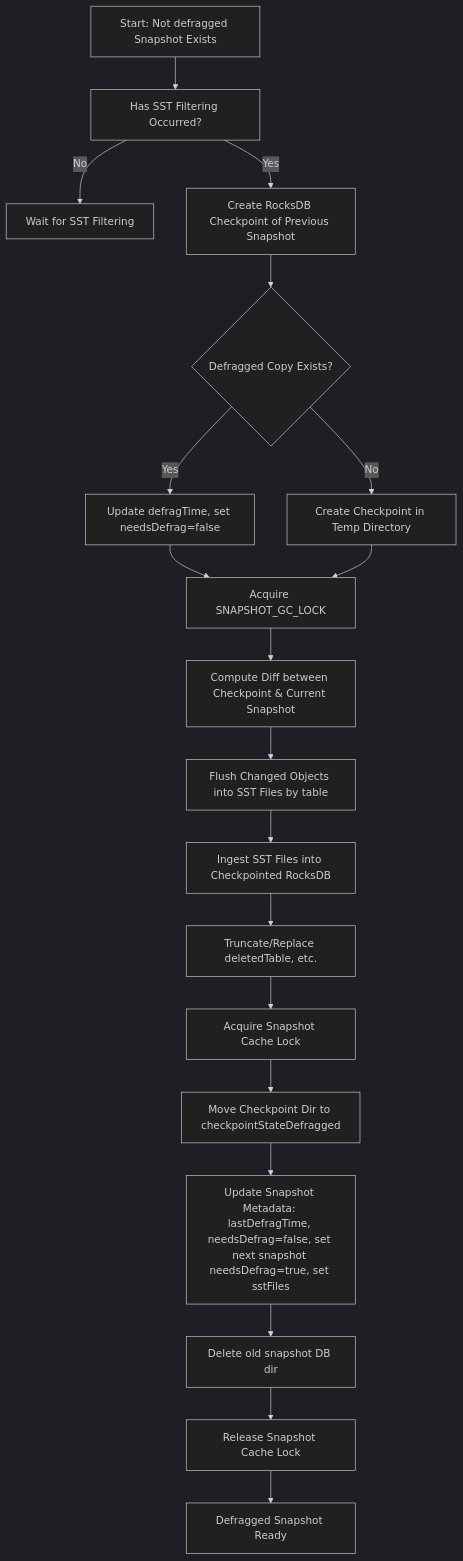
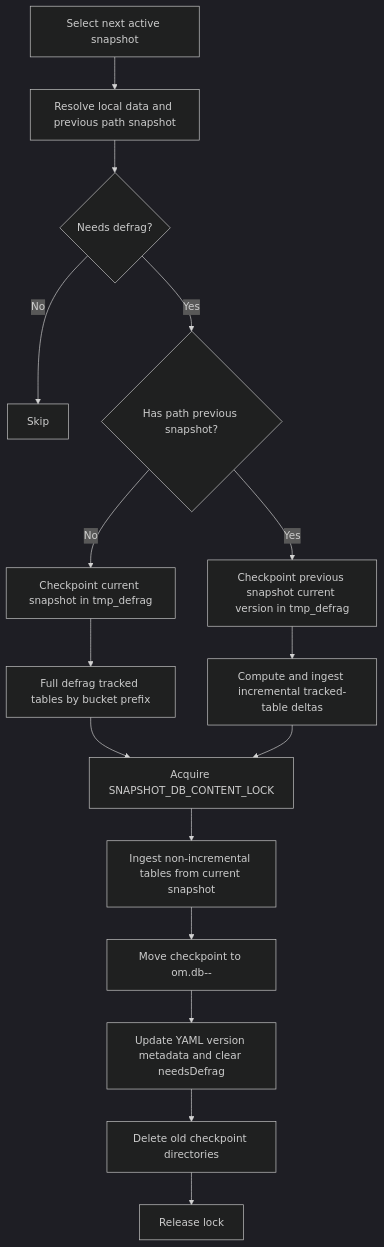
Before and after one commit to apache/ozone: the diagram in hadoop-hdds/docs/content/feature/SnapshotDefragmentation.md, drawn with Mermaid (dark theme). The commit also changed other lines of this file, not shown here.

Commit message:
HDDS-15105. Revise snapshot defrag design doc and add implementation details

````diff
--- a/hadoop-hdds/docs/content/feature/SnapshotDefragmentation.md
+++ b/hadoop-hdds/docs/content/feature/SnapshotDefragmentation.md
@@ -99,21 +253,18 @@
 ```mermaid
 flowchart TD
-    A[Start: Not defragged Snapshot Exists] --> B[Has SST Filtering Occurred?]
-    B -- No --> Z[Wait for SST Filtering]
-    B -- Yes --> C[Create RocksDB Checkpoint of Previous Snapshot]
-    C --> D{Defragged Copy Exists?}
-    D -- Yes --> E[Update defragTime, set needsDefrag=false]
-    D -- No --> F[Create Checkpoint in Temp Directory]
-    E --> G[Acquire SNAPSHOT_GC_LOCK]
-    F --> G
-    G --> H[Compute Diff between Checkpoint & Current Snapshot]
-    H --> I[Flush Changed Objects into SST Files by table]
-    I --> J[Ingest SST Files into Checkpointed RocksDB]
-    J --> K[Truncate/Replace deletedTable, etc.]
-    K --> L[Acquire Snapshot Cache Lock]
-    L --> M[Move Checkpoint Dir to checkpointStateDefragged]
-    M --> N[Update Snapshot Metadata: lastDefragTime, needsDefrag=false, set next snapshot needsDefrag=true, set sstFiles]
-    N --> O[Delete old snapshot DB dir]
-    O --> P[Release Snapshot Cache Lock]
-    P --> Q[Defragged Snapshot Ready]
+    A["Select next active snapshot"] --> B["Resolve local data and previous path snapshot"]
+    B --> C{"Needs defrag?"}
+    C -- "No" --> Z["Skip"]
+    C -- "Yes" --> D{"Has path previous snapshot?"}
+    D -- "No" --> E["Checkpoint current snapshot in tmp_defrag"]
+    D -- "Yes" --> F["Checkpoint previous snapshot current version in tmp_defrag"]
+    E --> G["Full defrag tracked tables by bucket prefix"]
+    F --> H["Compute and ingest incremental tracked-table deltas"]
+    G --> I["Acquire SNAPSHOT_DB_CONTENT_LOCK"]
+    H --> I
+    I --> J["Ingest non-incremental tables from current snapshot"]
+    J --> K["Move checkpoint to om.db-<snapshot_id>-<next_version>"]
+    K --> L["Update YAML version metadata and clear needsDefrag"]
+    L --> M["Delete old checkpoint directories"]
+    M --> N["Release lock"]
 ```
````
